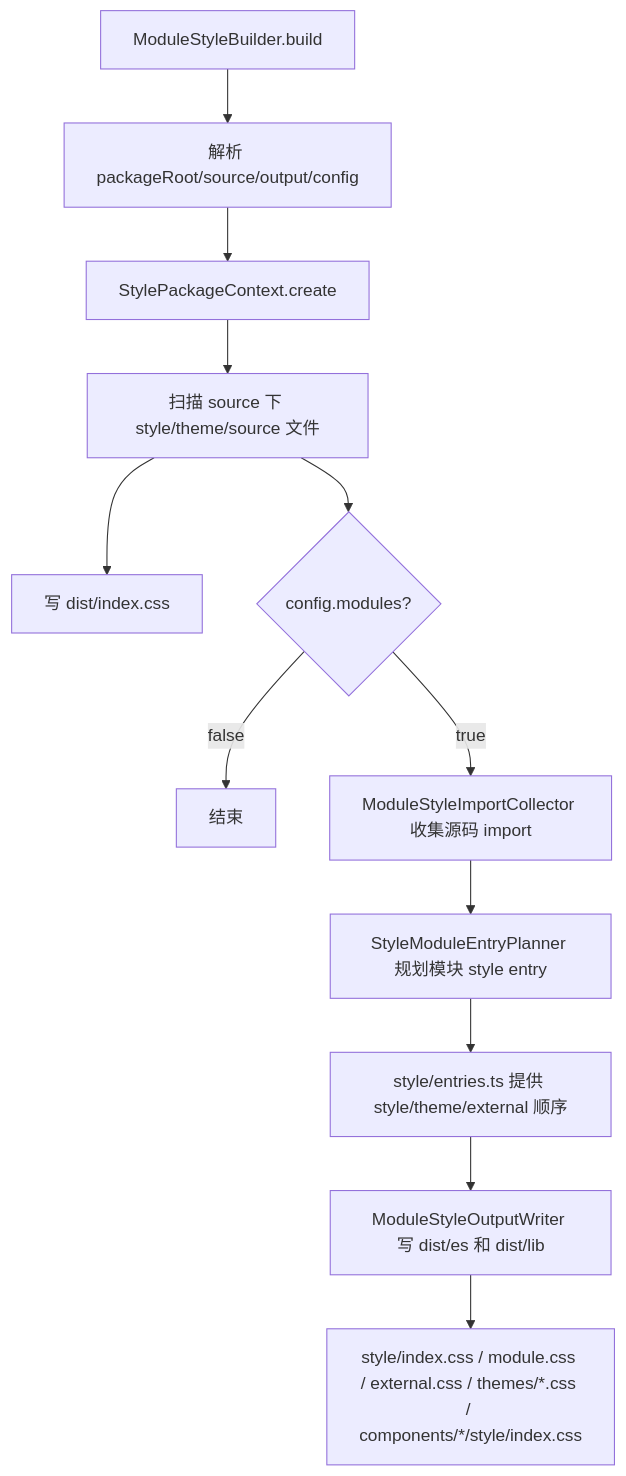
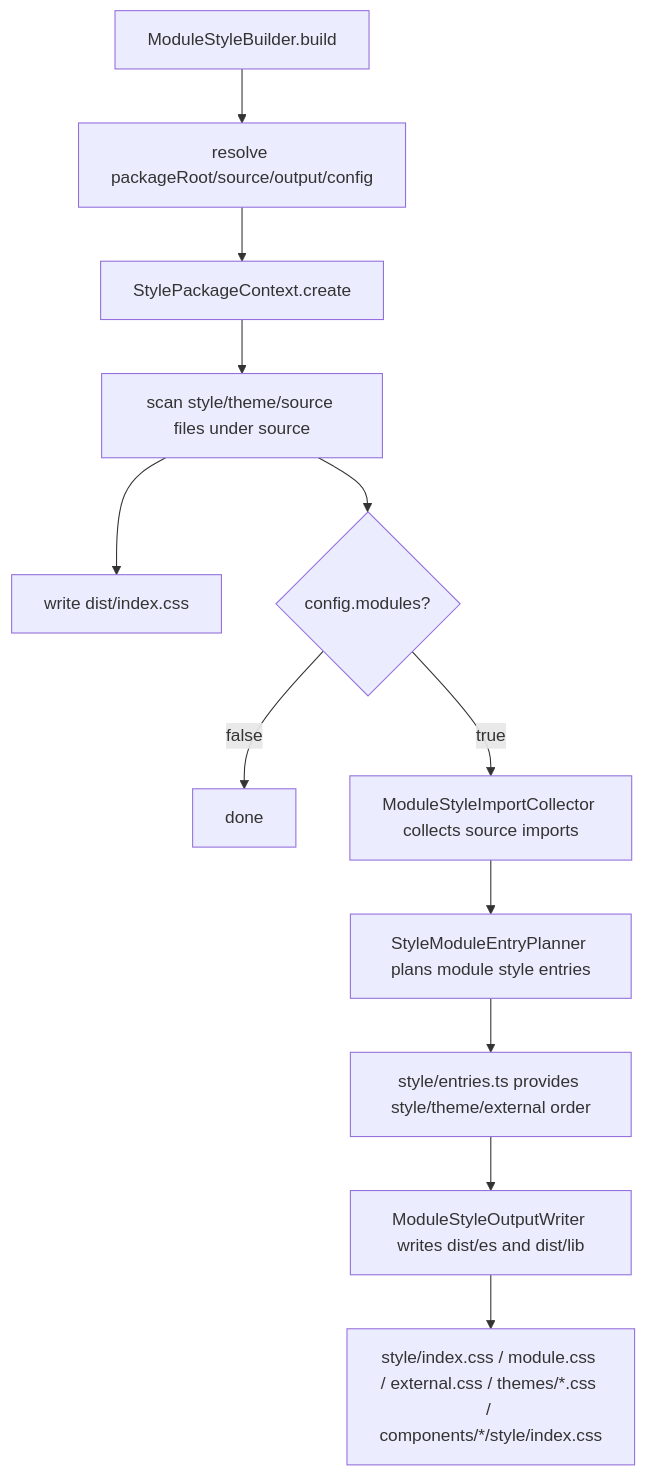
Before and after one commit to imtaotao/auklet: the third of 4 diagrams in CONTRIBUTING.md, drawn with Mermaid. The commit also changed other lines of this file and 9 other files, not shown here.

````diff
--- a/CONTRIBUTING.md
+++ b/CONTRIBUTING.md
@@ -251,14 +340,14 @@
 ```mermaid
 flowchart TD
-  Start["ModuleStyleBuilder.build"] --> ResolveContext["解析 packageRoot/source/output/config"]
+  Start["ModuleStyleBuilder.build"] --> ResolveContext["resolve packageRoot/source/output/config"]
   ResolveContext --> PackageContext["StylePackageContext.create"]
-  PackageContext --> Scan["扫描 source 下 style/theme/source 文件"]
-  Scan --> PackageStyle["写 dist/index.css"]
+  PackageContext --> Scan["scan style/theme/source files under source"]
+  Scan --> PackageStyle["write dist/index.css"]
   Scan --> Modules{"config.modules?"}
-  Modules -->|false| Done["结束"]
-  Modules -->|true| ModuleImports["ModuleStyleImportCollector 收集源码 import"]
-  ModuleImports --> EntryPlan["StyleModuleEntryPlanner 规划模块 style entry"]
-  EntryPlan --> SharedGraph["style/entries.ts 提供 style/theme/external 顺序"]
-  SharedGraph --> Writer["ModuleStyleOutputWriter 写 dist/es 和 dist/lib"]
+  Modules -->|false| Done["done"]
+  Modules -->|true| ModuleImports["ModuleStyleImportCollector collects source imports"]
+  ModuleImports --> EntryPlan["StyleModuleEntryPlanner plans module style entries"]
+  EntryPlan --> SharedGraph["style/entries.ts provides style/theme/external order"]
+  SharedGraph --> Writer["ModuleStyleOutputWriter writes dist/es and dist/lib"]
   Writer --> Outputs["style/index.css / module.css / external.css / themes/*.css / components/*/style/index.css"]
 ```
````
